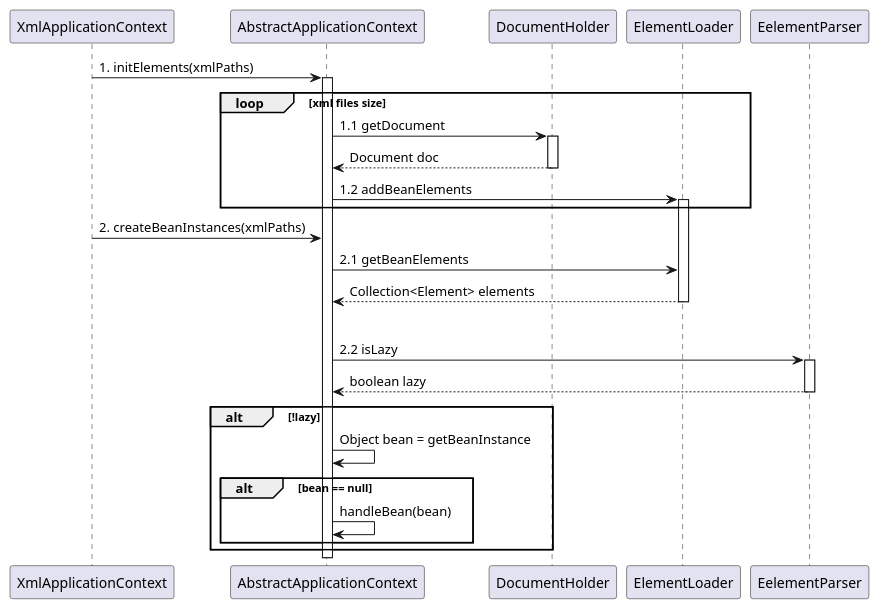
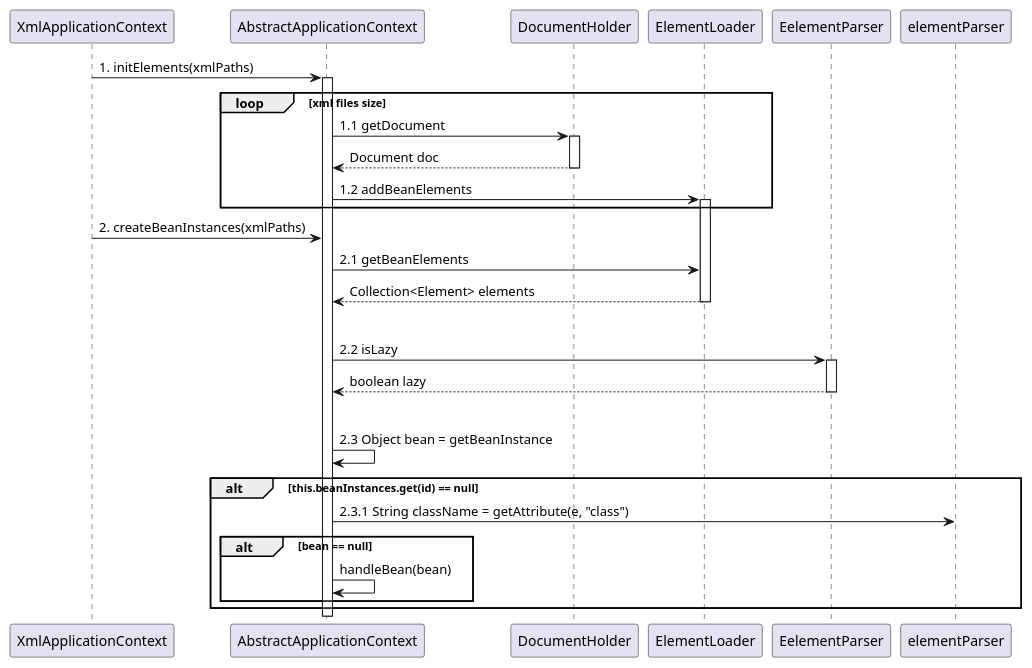
Before and after one commit to oOyuanbOo/simple-ioc: the diagram in ioc-sequence.puml, drawn with PlantUML. The commit also changed 2 other files, not shown here.

Commit message:
sequences

```diff
--- a/ioc-sequence.puml
+++ b/ioc-sequence.puml
@@ -1,28 +1,30 @@
 @startuml
 
 XmlApplicationContext -> AbstractApplicationContext : 1. initElements(xmlPaths)
 activate AbstractApplicationContext
 loop xml files size
     AbstractApplicationContext -> DocumentHolder : 1.1 getDocument
     activate DocumentHolder
     return  Document doc
     AbstractApplicationContext -> ElementLoader : 1.2 addBeanElements
     activate ElementLoader
 end
 
 XmlApplicationContext -> AbstractApplicationContext : 2. createBeanInstances(xmlPaths)
 AbstractApplicationContext -> ElementLoader : 2.1 getBeanElements
 return Collection<Element> elements
 loop elements size
 AbstractApplicationContext -> EelementParser : 2.2 isLazy
 activate EelementParser
 return boolean lazy
 alt !lazy
-    AbstractApplicationContext -> AbstractApplicationContext : Object bean = getBeanInstance
+    AbstractApplicationContext -> AbstractApplicationContext : 2.3 Object bean = getBeanInstance
+    alt this.beanInstances.get(id) == null
+    AbstractApplicationContext -> elementParser : 2.3.1 String className = getAttribute(e, "class")
     alt bean == null
         AbstractApplicationContext -> AbstractApplicationContext : handleBean(bean)
     end
 end
 
 
 @enduml
```
